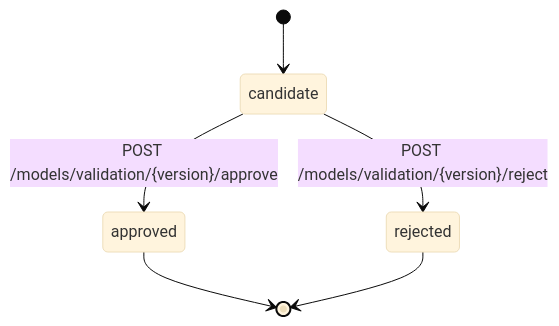
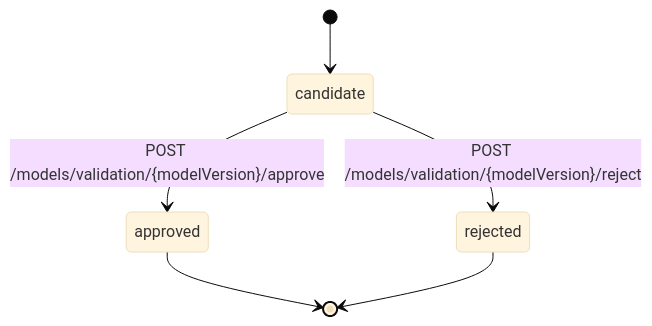
Before and after one commit to lihs-ie/alpha-mind: the fourth of 5 diagrams in documents/外部設計/state/状態遷移設計.md, drawn with Mermaid (base theme). The commit also changed other lines of this file and 208 other files, not shown here.

````diff
--- a/documents/外部設計/state/状態遷移設計.md
+++ b/documents/外部設計/state/状態遷移設計.md
@@ -105,8 +105,8 @@
 ```mermaid
 stateDiagram-v2
   [*] --> candidate
-  candidate --> approved: POST /models/validation/{version}/approve
-  candidate --> rejected: POST /models/validation/{version}/reject
+  candidate --> approved: POST /models/validation/{modelVersion}/approve
+  candidate --> rejected: POST /models/validation/{modelVersion}/reject
   approved --> [*]
   rejected --> [*]
 ```
````
